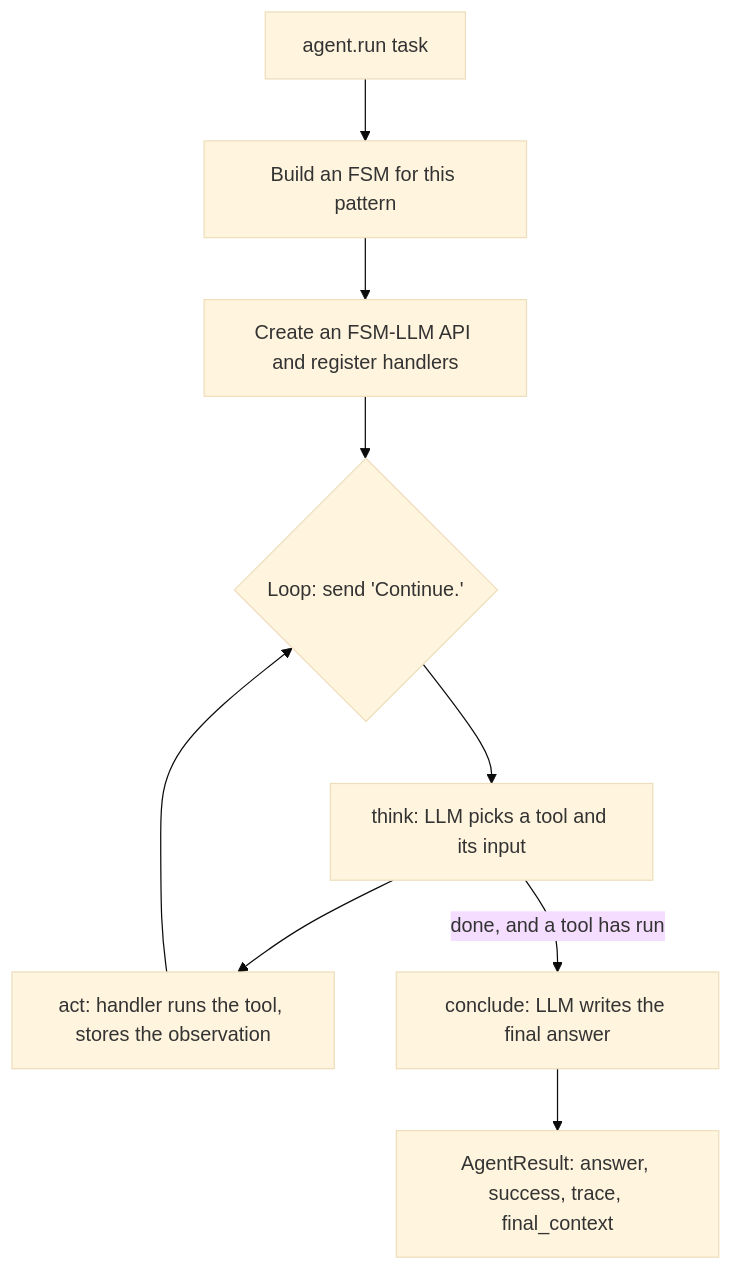
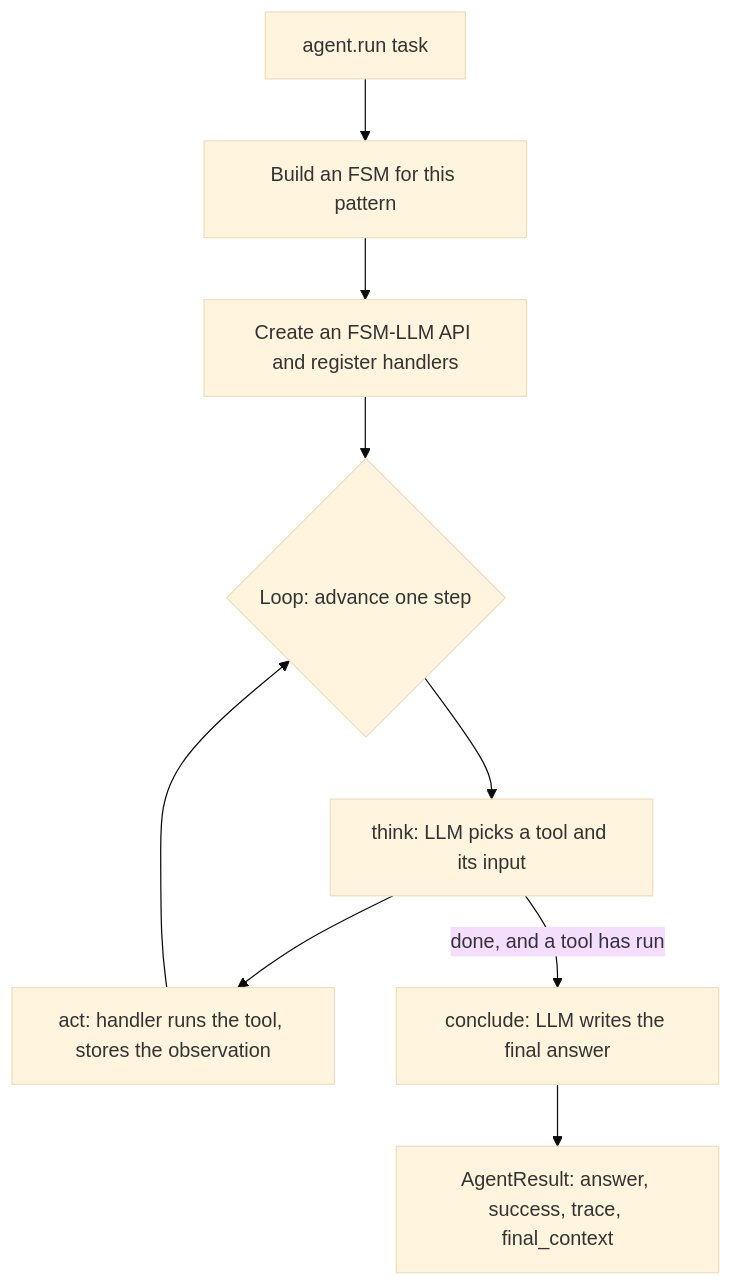
Before and after one commit to NikolasMarkou/fsm_llm: the diagram in src/fsm_llm/agents/README.md, drawn with Mermaid (base theme). The commit also changed other lines of this file and 11 other files, not shown here.

````diff
--- a/src/fsm_llm/agents/README.md
+++ b/src/fsm_llm/agents/README.md
@@ -11,11 +11,11 @@
 ```mermaid
 flowchart TD
     T[agent.run task] --> B[Build an FSM for this pattern]
     B --> A[Create an FSM-LLM API and register handlers]
-    A --> L{Loop: send 'Continue.'}
+    A --> L{Loop: advance one step}
     L --> TH[think: LLM picks a tool and its input]
     TH --> AC[act: handler runs the tool, stores the observation]
     AC --> L
     TH -- done, and a tool has run --> C[conclude: LLM writes the final answer]
     C --> R[AgentResult: answer, success, trace, final_context]
 ```
````
